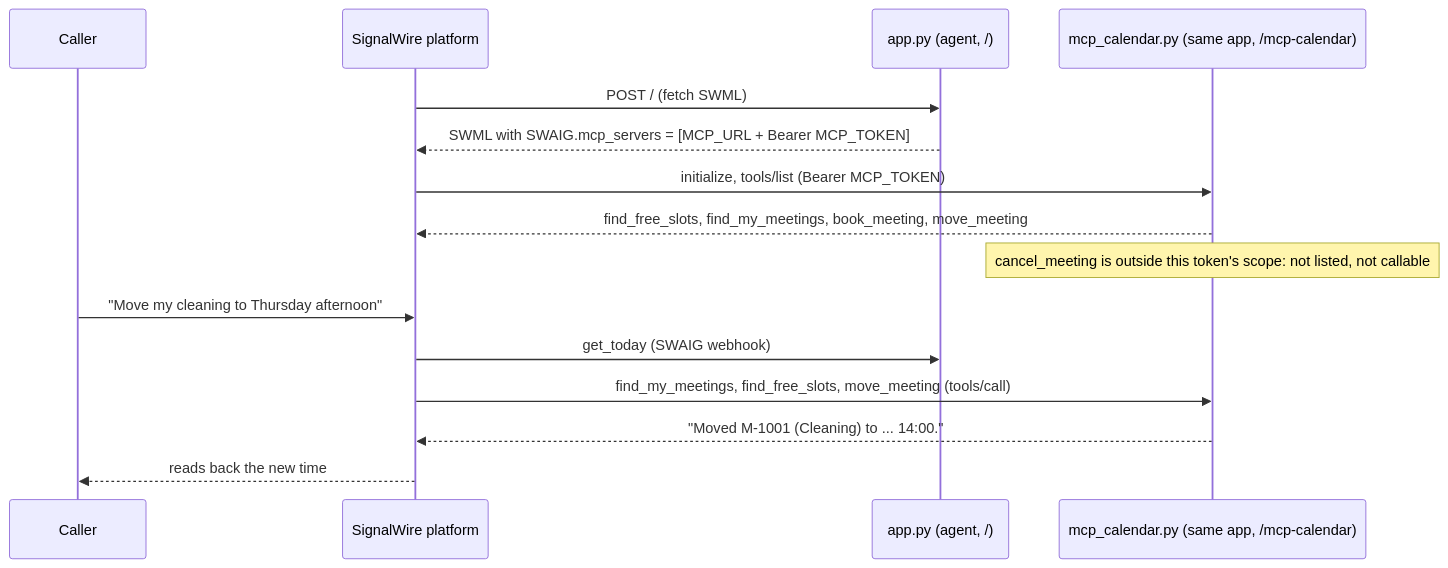
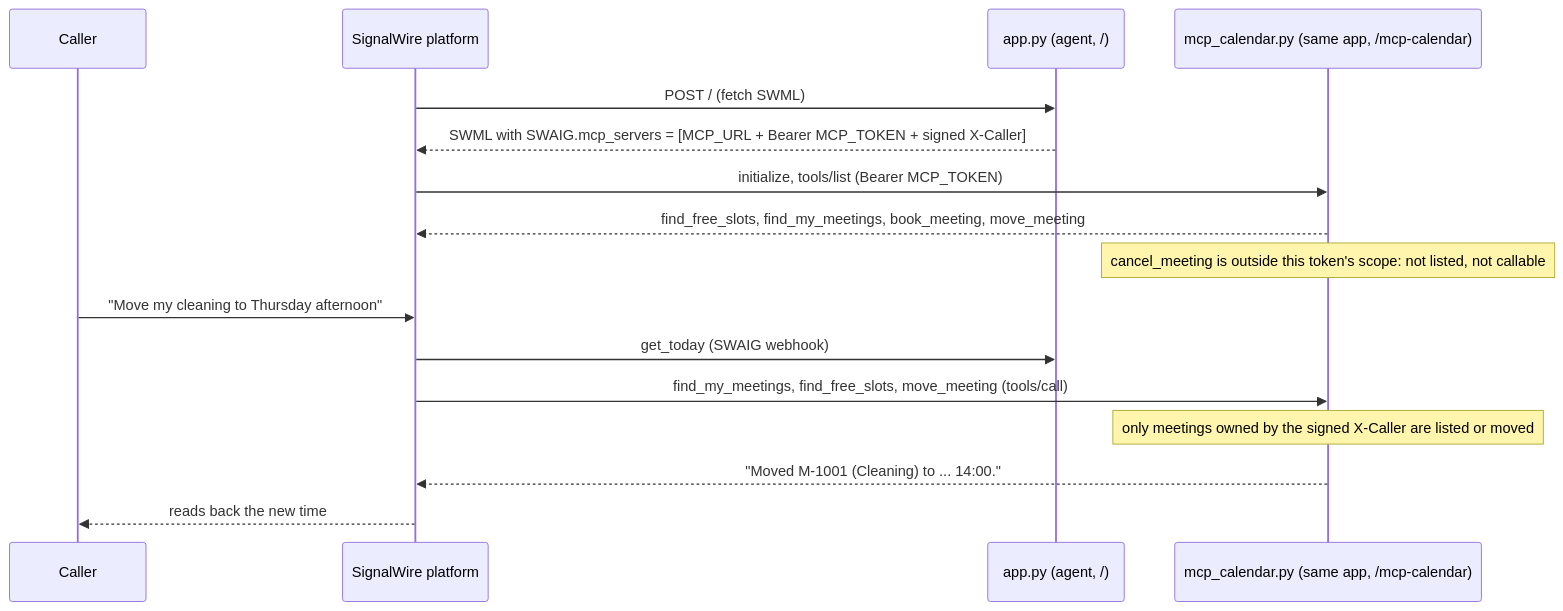
Before and after one commit to signalwire-demos/ai-recipes: the diagram in recipes/30-calendar-assistant-over-mcp/README.md, drawn with Mermaid. The commit also changed other lines of this file and 6 other files, not shown here.

Commit message:
30-calendar-assistant-over-mcp: bind meetings to the caller, require MCP token

````diff
--- a/recipes/30-calendar-assistant-over-mcp/README.md
+++ b/recipes/30-calendar-assistant-over-mcp/README.md
@@ -53,17 +60,18 @@
 ```mermaid
 sequenceDiagram
     participant C as Caller
     participant SW as SignalWire platform
     participant A as app.py (agent, /)
     participant M as mcp_calendar.py (same app, /mcp-calendar)
     SW->>A: POST / (fetch SWML)
-    A-->>SW: SWML with SWAIG.mcp_servers = [MCP_URL + Bearer MCP_TOKEN]
+    A-->>SW: SWML with SWAIG.mcp_servers = [MCP_URL + Bearer MCP_TOKEN + signed X-Caller]
     SW->>M: initialize, tools/list (Bearer MCP_TOKEN)
     M-->>SW: find_free_slots, find_my_meetings, book_meeting, move_meeting
     Note over M: cancel_meeting is outside this token's scope: not listed, not callable
     C->>SW: "Move my cleaning to Thursday afternoon"
     SW->>A: get_today (SWAIG webhook)
     SW->>M: find_my_meetings, find_free_slots, move_meeting (tools/call)
+    Note over M: only meetings owned by the signed X-Caller are listed or moved
     M-->>SW: "Moved M-1001 (Cleaning) to ... 14:00."
     SW-->>C: reads back the new time
 ```
````
